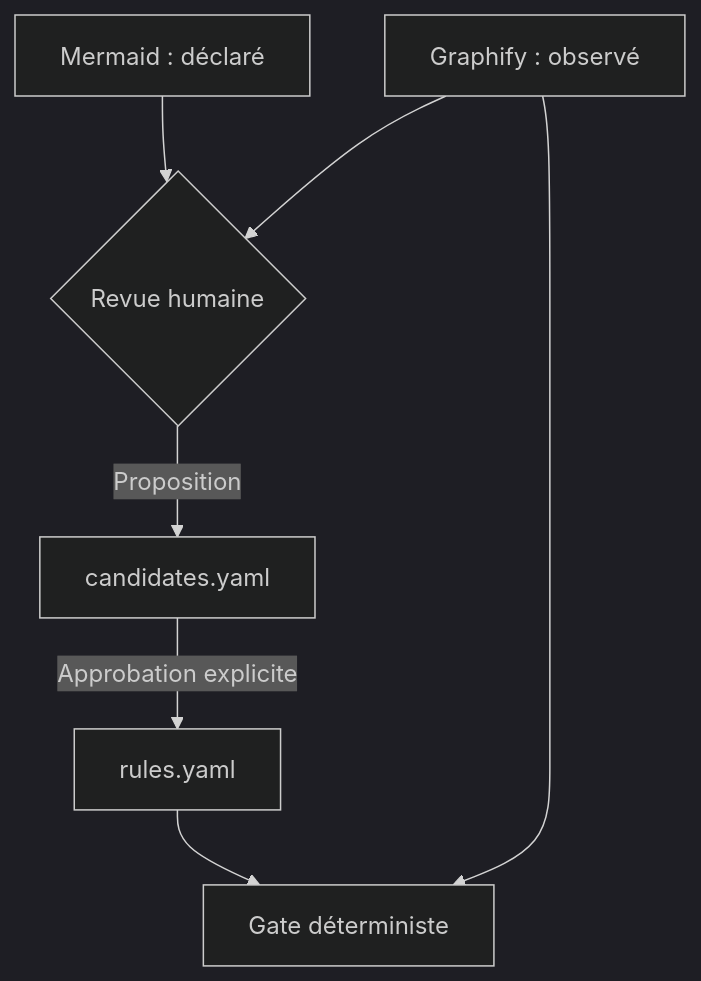
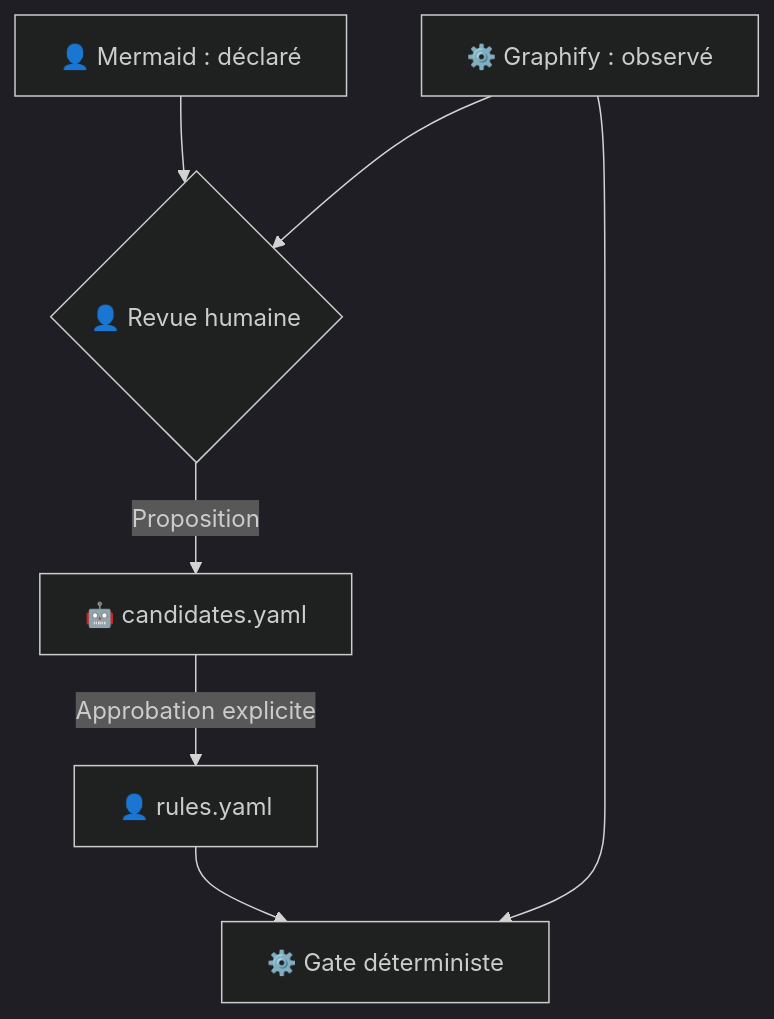
Before and after one commit to Jeandavidnelson/Harness: the second of 8 diagrams in documentation/DOCUMENTATION_FONCTIONNELLE.md, drawn with Mermaid (dark theme). The commit also changed other lines of this file and 7 other files, not shown here.

````diff
--- a/documentation/DOCUMENTATION_FONCTIONNELLE.md
+++ b/documentation/DOCUMENTATION_FONCTIONNELLE.md
@@ -40,9 +50,9 @@
 ```mermaid
 flowchart TD
-    M["Mermaid : déclaré"] --> Q{"Revue humaine"}
-    G["Graphify : observé"] --> Q
-    Q -->|"Proposition"| C["candidates.yaml"]
-    C -->|"Approbation explicite"| R["rules.yaml"]
-    G --> E["Gate déterministe"]
+    M["👤 Mermaid : déclaré"] --> Q{"👤 Revue humaine"}
+    G["⚙️ Graphify : observé"] --> Q
+    Q -->|"Proposition"| C["🤖 candidates.yaml"]
+    C -->|"Approbation explicite"| R["👤 rules.yaml"]
+    G --> E["⚙️ Gate déterministe"]
     R --> E
 ```
````
